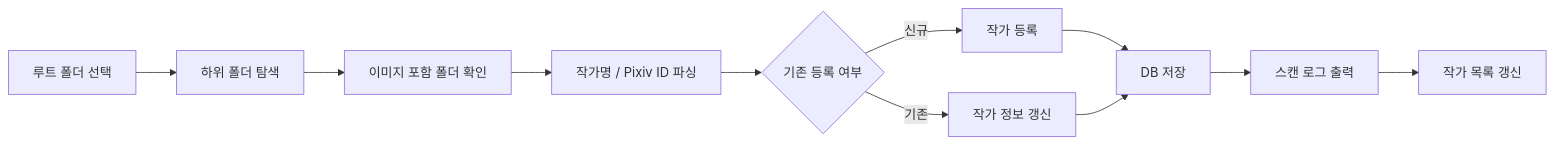
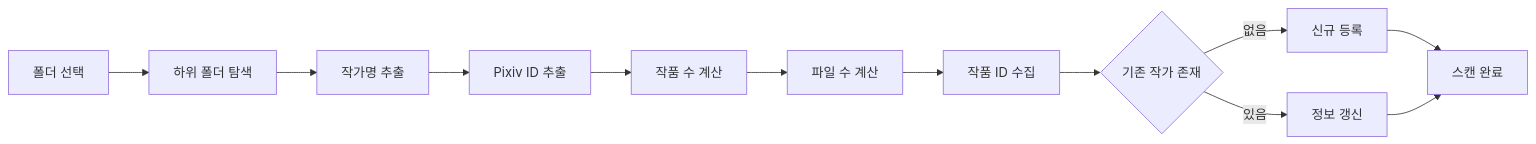
One commit to PKT0623/PixivLocalManager changed the second of 12 diagrams in docs/03_SYSTEM_FLOW.md. Above: the diagram before and after it, drawn with Mermaid. The commit also changed other lines of this file and 10 other files, not shown here.

````diff
--- a/docs/03_SYSTEM_FLOW.md
+++ b/docs/03_SYSTEM_FLOW.md
@@ -47,24 +25,20 @@
 ```mermaid
 flowchart LR
 
-A[루트 폴더 선택]
+A[폴더 선택]
 
 A --> B[하위 폴더 탐색]
+B --> C[작가명 추출]
+C --> D[Pixiv ID 추출]
+D --> E[작품 수 계산]
+E --> F[파일 수 계산]
+F --> G[작품 ID 수집]
 
-B --> C[이미지 포함 폴더 확인]
+G --> H{기존 작가 존재}
 
-C --> D[작가명 / Pixiv ID 파싱]
+H -->|없음| I[신규 등록]
+H -->|있음| J[정보 갱신]
 
-D --> E{기존 등록 여부}
-
-E -- 신규 --> F[작가 등록]
-
-E -- 기존 --> G[작가 정보 갱신]
-
-F --> H[DB 저장]
-G --> H
-
-H --> I[스캔 로그 출력]
-
-I --> J[작가 목록 갱신]
+I --> K[스캔 완료]
+J --> K
 ```
````
